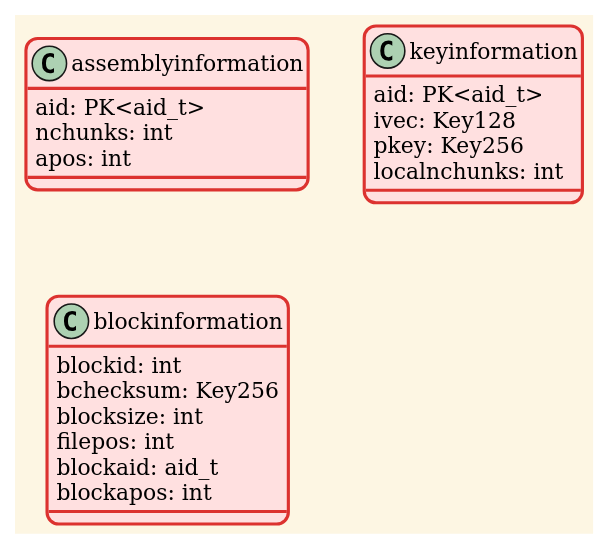
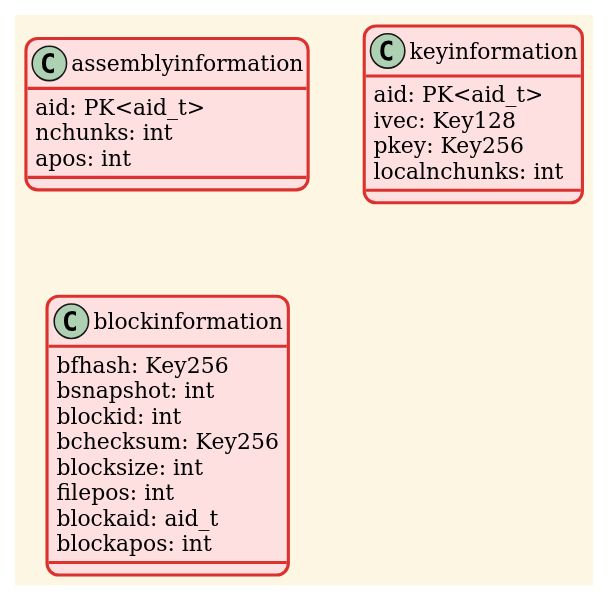
The first of 3 diagrams in relations.uml/assembly.puml (eLyKseeR/modelling), drawn with PlantUML before and after one commit. The commit also changed other lines of this file and 20 other files, not shown here.

```diff
--- a/relations.uml/assembly.puml
+++ b/relations.uml/assembly.puml
@@ -3,31 +3,33 @@
-@startuml
+@startuml assembly data
 
 !theme sunlust
 
 class assemblyinformation {
     aid: PK<aid_t>
     nchunks: int
     apos: int
 }
 
 class keyinformation {
     aid: PK<aid_t>
     ivec: Key128
     pkey: Key256
     localnchunks: int
 }
 
 'note right of keyinformation::aid
 '    primary key
 'end note
 
 class blockinformation {
+    bfhash: Key256
+    bsnapshot: int
     blockid: int
     bchecksum: Key256
     blocksize: int
     filepos: int
     blockaid: aid_t
     blockapos: int
 }
 
 @enduml
```
